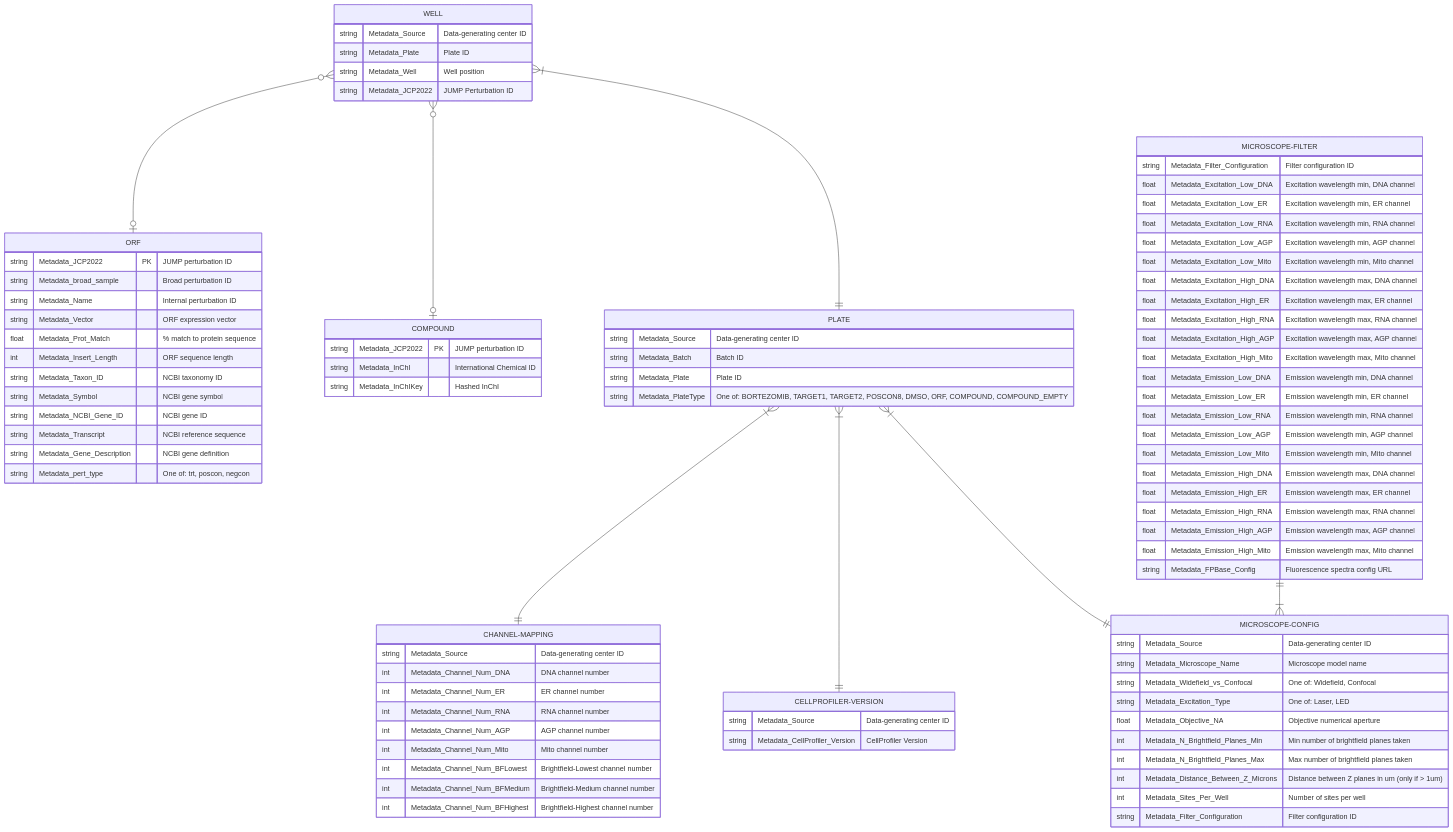
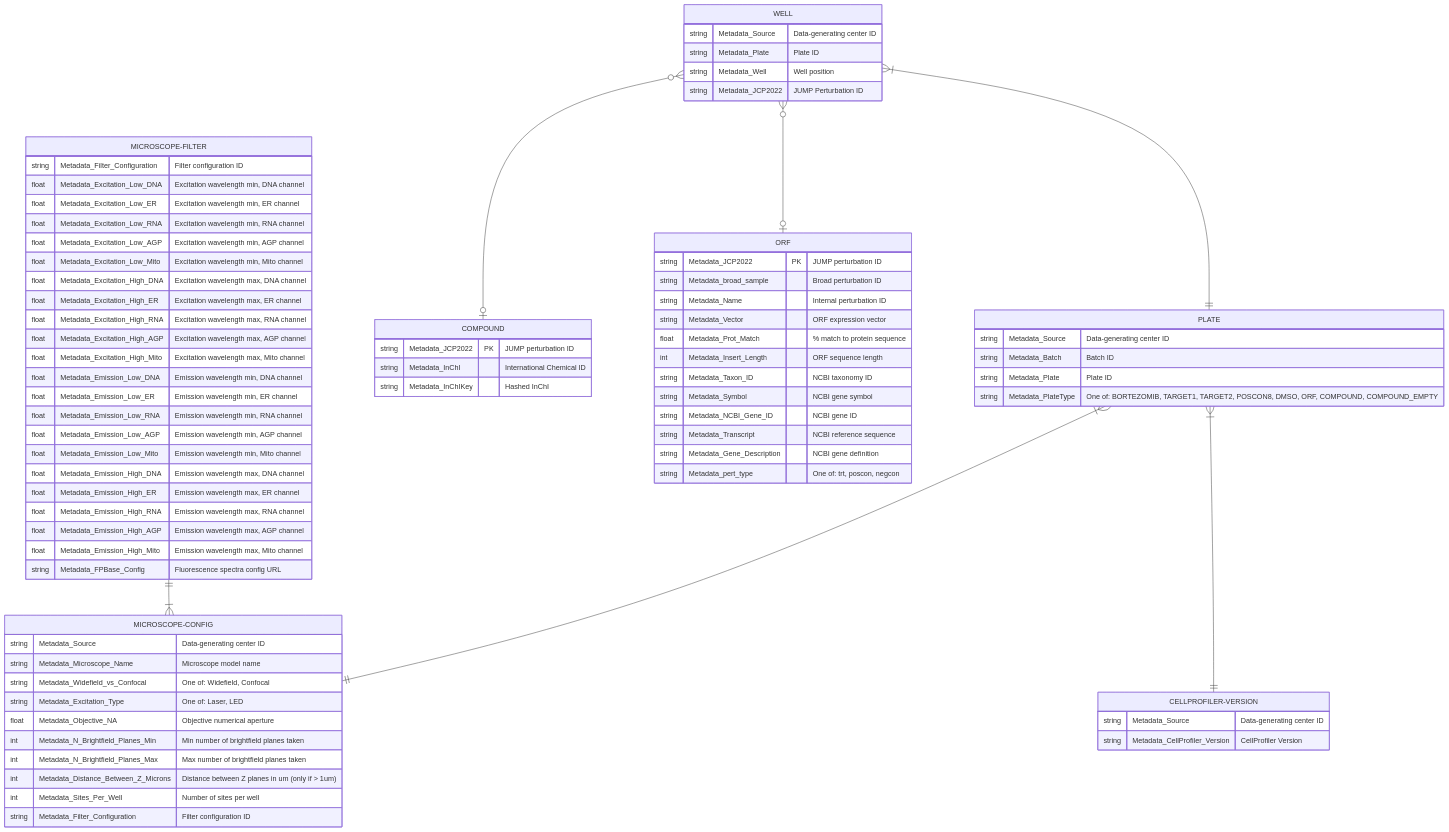
Before and after one commit to jump-cellpainting/datasets: the diagram in metadata/README.md, drawn with Mermaid.

Commit message:
Drop channel_mappings

````diff
--- a/metadata/README.md
+++ b/metadata/README.md
@@ -81,17 +81,5 @@
     CELLPROFILER-VERSION {
         string Metadata_Source "Data-generating center ID"
         string Metadata_CellProfiler_Version "CellProfiler Version"
-    }    
-    PLATE }|--|| CHANNEL-MAPPING : ""
-    CHANNEL-MAPPING {
-        string Metadata_Source "Data-generating center ID"
-        int Metadata_Channel_Num_DNA "DNA channel number"
-        int Metadata_Channel_Num_ER "ER channel number"
-        int Metadata_Channel_Num_RNA "RNA channel number"
-        int Metadata_Channel_Num_AGP "AGP channel number"
-        int Metadata_Channel_Num_Mito "Mito channel number"
-        int Metadata_Channel_Num_BFLowest "Brightfield-Lowest channel number"
-        int Metadata_Channel_Num_BFMedium "Brightfield-Medium channel number"
-        int Metadata_Channel_Num_BFHighest "Brightfield-Highest channel number"
-    }    
+    } 
 ```
````
